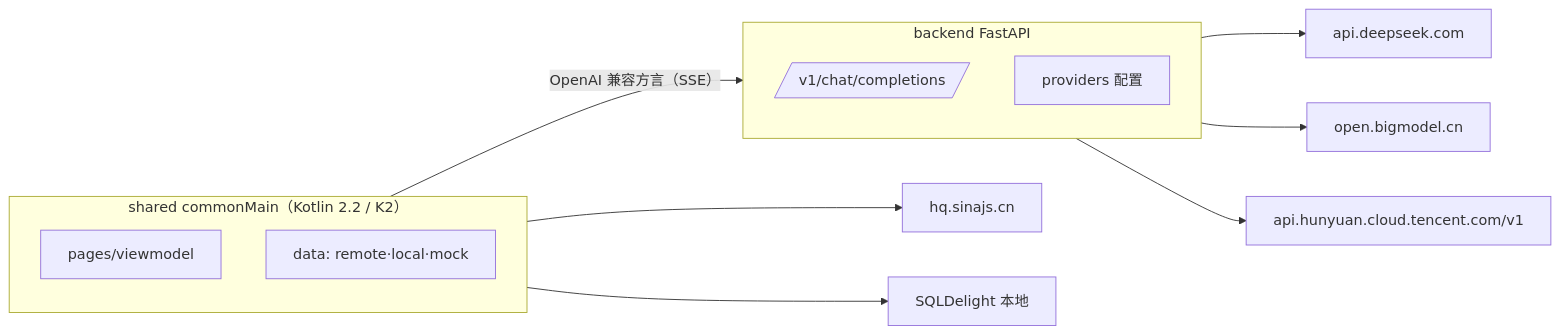
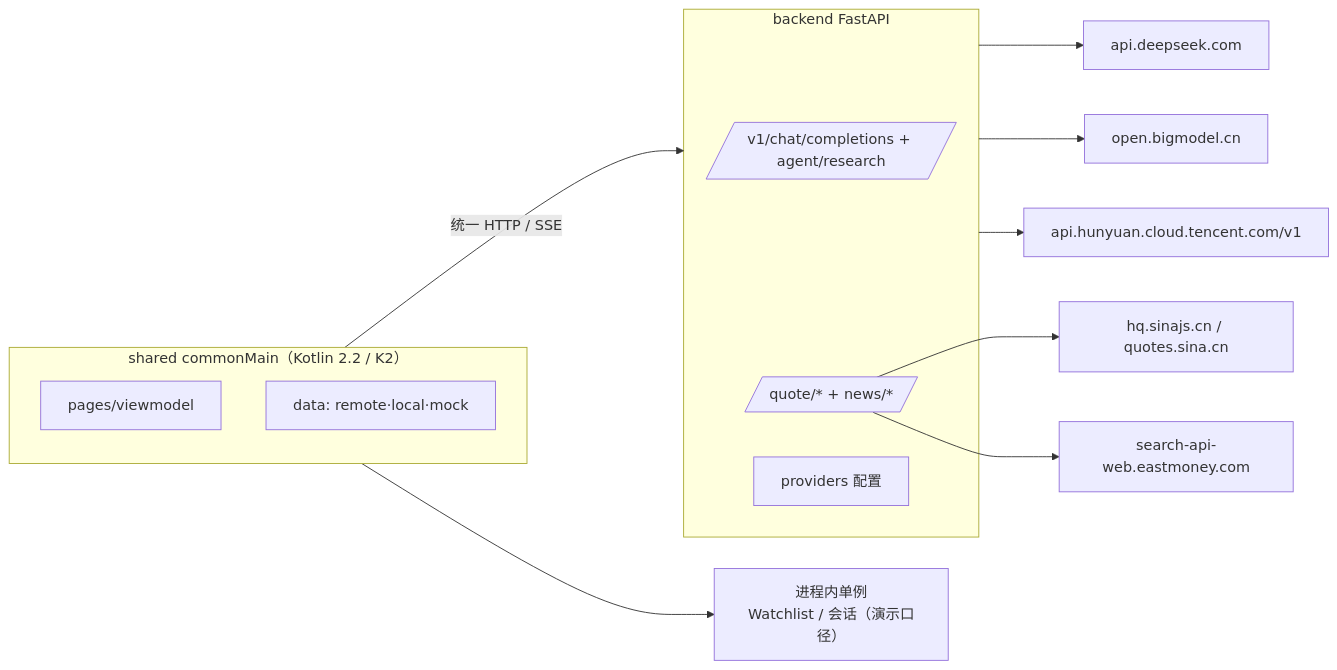
The second of 2 diagrams in docs/architecture.md (HongMing-Huang/zhiniu-demo), drawn with Mermaid before and after one commit. The commit also changed other lines of this file and 79 other files, not shown here.

Commit message:
docs: 交付物/评分自查 + README 与全部说明文档按实态重写 + 实测截图

````diff
--- a/docs/architecture.md
+++ b/docs/architecture.md
@@ -24,17 +25,19 @@
 ```mermaid
 flowchart LR
     subgraph Front["shared commonMain（Kotlin 2.2 / K2）"]
         P[pages/viewmodel]
         D[data: remote·local·mock]
     end
     subgraph Back["backend FastAPI"]
-        GW[/v1/chat/completions/]
+        GW[/v1/chat/completions + agent/research/]
+        DATA[/quote/* + news/*/]
         PG[providers 配置]
     end
-    Front --OpenAI 兼容方言（SSE）--> Back
+    Front --统一 HTTP / SSE--> Back
     Back --> DS[api.deepseek.com]
     Back --> GLM[open.bigmodel.cn]
     Back --> HY[api.hunyuan.cloud.tencent.com/v1]
-    Front --> Sina[hq.sinajs.cn]
-    Front --> SQL[SQLDelight 本地]
+    DATA --> Sina[hq.sinajs.cn / quotes.sina.cn]
+    DATA --> EM[search-api-web.eastmoney.com]
+    Front --> MEM[进程内单例\nWatchlist / 会话（演示口径）]
 ```
````
